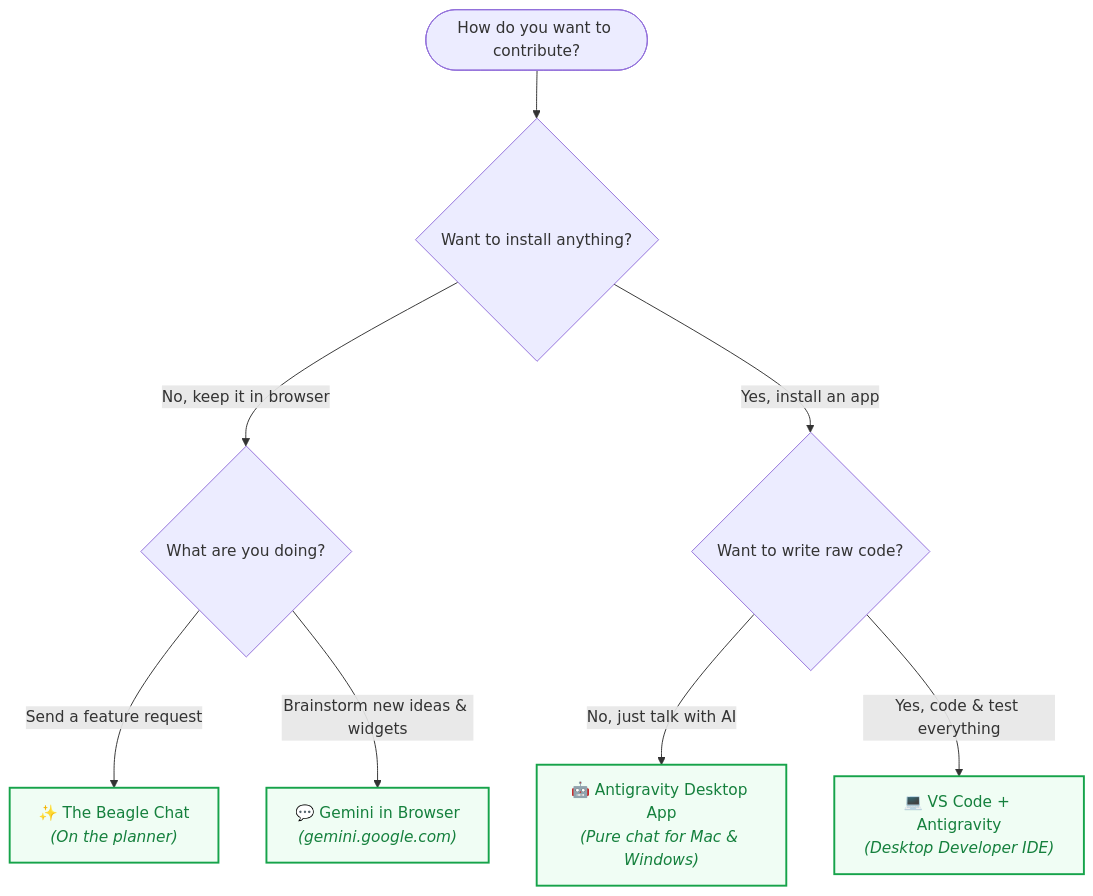
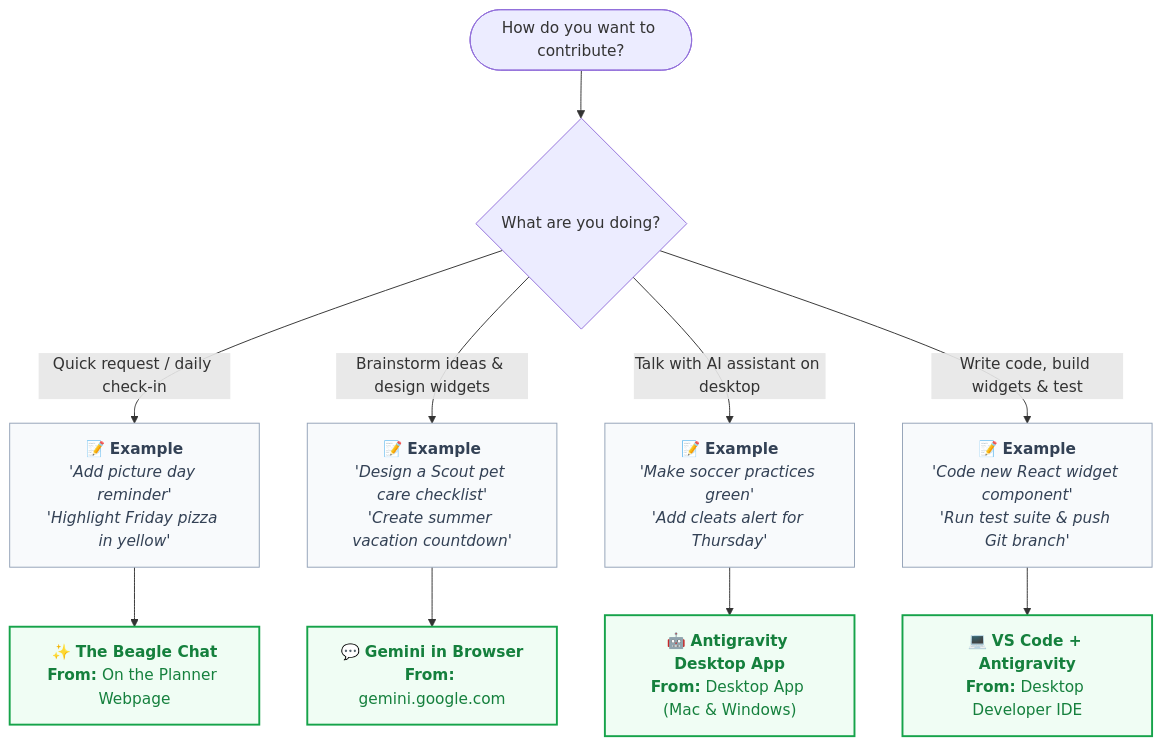
Before and after one commit to Swensation/swentonelli: the diagram in README.md, drawn with Mermaid. The commit also changed 2 other files, not shown here.

Commit message:
docs: update flowchart to show What Are You Doing -> Example -> From Where flow

````diff
--- a/README.md
+++ b/README.md
@@ -9,15 +9,25 @@
 ```mermaid
 flowchart TD
-    Start([How do you want to contribute?]) --> Q1{Want to install anything?}
-    
-    Q1 -->|No, keep it in browser| Q2{What are you doing?}
-    Q2 -->|Send a feature request| Beagle["✨ The Beagle Chat<br><i>(On the planner)</i>"]
-    Q2 -->|Brainstorm new ideas & widgets| Gem["💬 Gemini in Browser<br><i>(gemini.google.com)</i>"]
-    
-    Q1 -->|Yes, install an app| Q3{Want to write raw code?}
-    Q3 -->|No, just talk with AI| AG["🤖 Antigravity Desktop App<br><i>(Pure chat for Mac & Windows)</i>"]
-    Q3 -->|Yes, code & test everything| VSC["💻 VS Code + Antigravity<br><i>(Desktop Developer IDE)</i>"]
+    Start([How do you want to contribute?]) --> Q1{What are you doing?}
 
+    %% Path 1: Quick requests / feedback on live screen
+    Q1 -->|Quick request / daily check-in| Ex1["📝 <b>Example</b><br><i>'Add picture day reminder'</i><br><i>'Highlight Friday pizza in yellow'</i>"]
+    Ex1 --> Opt1["✨ <b>The Beagle Chat</b><br><b>From:</b> On the Planner Webpage"]
+
+    %% Path 2: Brainstorming & spec creation
+    Q1 -->|Brainstorm ideas & design widgets| Ex2["📝 <b>Example</b><br><i>'Design a Scout pet care checklist'</i><br><i>'Create summer vacation countdown'</i>"]
+    Ex2 --> Opt2["💬 <b>Gemini in Browser</b><br><b>From:</b> gemini.google.com"]
+
+    %% Path 3: Direct desktop conversational app
+    Q1 -->|Talk with AI assistant on desktop| Ex3["📝 <b>Example</b><br><i>'Make soccer practices green'</i><br><i>'Add cleats alert for Thursday'</i>"]
+    Ex3 --> Opt3["🤖 <b>Antigravity Desktop App</b><br><b>From:</b> Desktop App (Mac & Windows)"]
+
+    %% Path 4: Full coding & testing
+    Q1 -->|Write code, build widgets & test| Ex4["📝 <b>Example</b><br><i>'Code new React widget component'</i><br><i>'Run test suite & push Git branch'</i>"]
+    Ex4 --> Opt4["💻 <b>VS Code + Antigravity</b><br><b>From:</b> Desktop Developer IDE"]
+
+    classDef exBox fill:#f8fafc,stroke:#94a3b8,stroke-width:1px,color:#334155;
     classDef optBox fill:#f0fdf4,stroke:#16a34a,stroke-width:2px,color:#15803d;
-    class Beagle,Gem,AG,VSC optBox;
+    class Ex1,Ex2,Ex3,Ex4 exBox;
+    class Opt1,Opt2,Opt3,Opt4 optBox;
 ```
````
